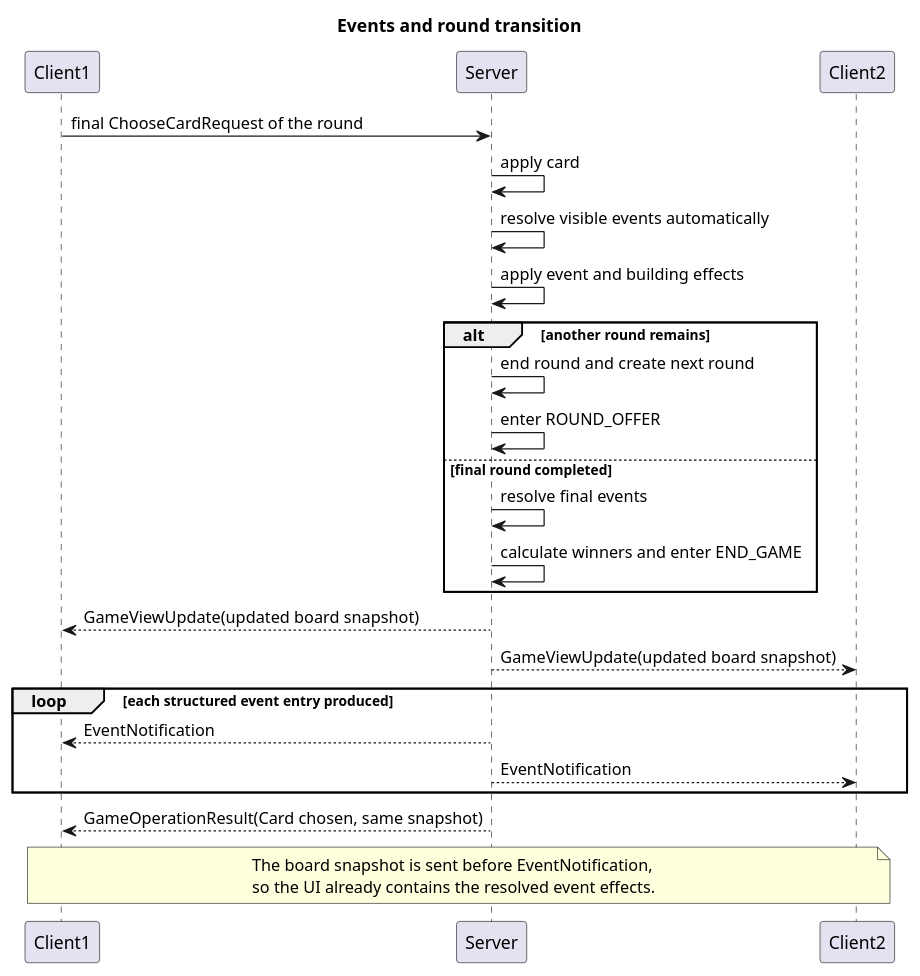
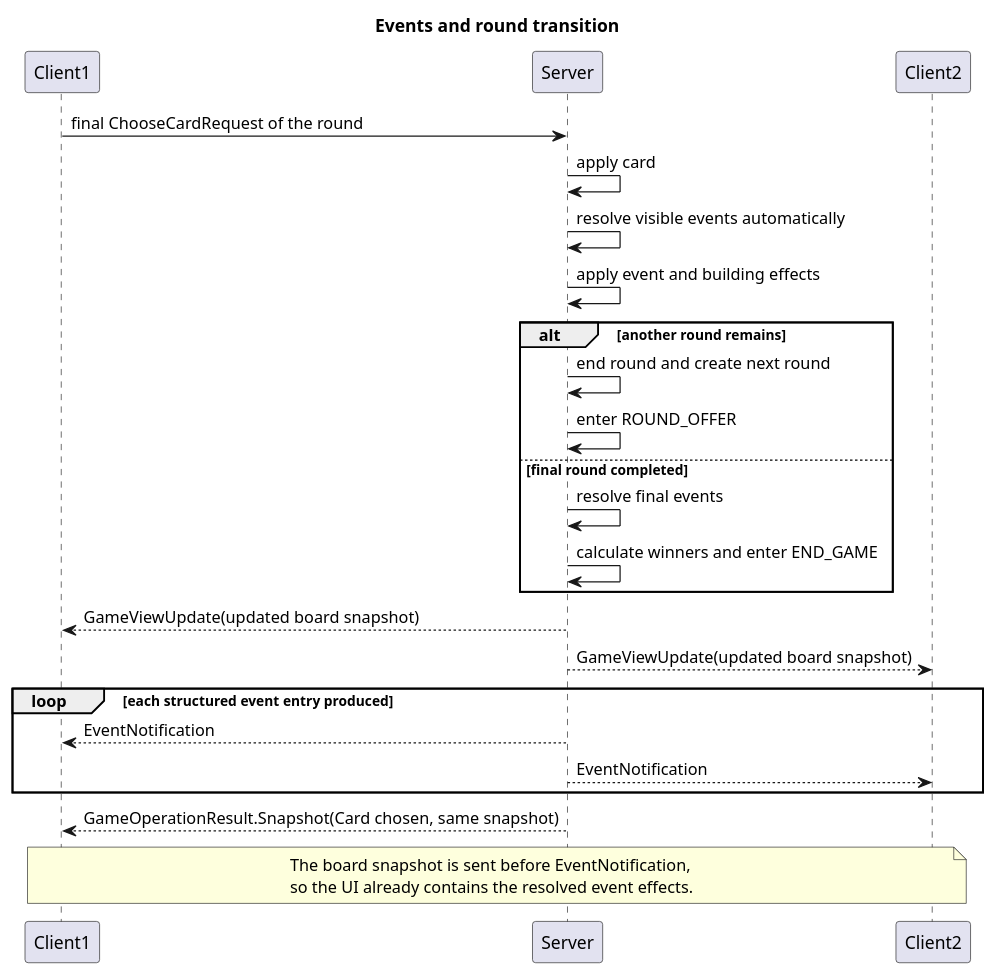
The diagram in UML_Diagram/SequenceDiagrams/07-events-and-round-transition.puml (matteoroda05/Mesos), drawn with PlantUML before and after one commit. The commit also changed 9 other files, not shown here.

Commit message:
docs(sequence diagrams): update sequence diagrams to reflect new GameOperationResult structure

```diff
--- a/UML_Diagram/SequenceDiagrams/07-events-and-round-transition.puml
+++ b/UML_Diagram/SequenceDiagrams/07-events-and-round-transition.puml
@@ -1,37 +1,37 @@
 @startuml
 
 title Events and round transition
 
 participant Client1
 participant Server
 participant Client2
 
 Client1->Server: final ChooseCardRequest of the round
 Server->Server: apply card
 Server->Server: resolve visible events automatically
 Server->Server: apply event and building effects
 
 alt another round remains
 Server->Server: end round and create next round
 Server->Server: enter ROUND_OFFER
 else final round completed
 Server->Server: resolve final events
 Server->Server: calculate winners and enter END_GAME
 end
 
 Server-->Client1: GameViewUpdate(updated board snapshot)
 Server-->Client2: GameViewUpdate(updated board snapshot)
 
 loop each structured event entry produced
 Server-->Client1: EventNotification
 Server-->Client2: EventNotification
 end
 
-Server-->Client1: GameOperationResult(Card chosen, same snapshot)
+Server-->Client1: GameOperationResult.Snapshot(Card chosen, same snapshot)
 
 note over Client1, Client2
 The board snapshot is sent before EventNotification,
 so the UI already contains the resolved event effects.
 end note
 
 @enduml
```
